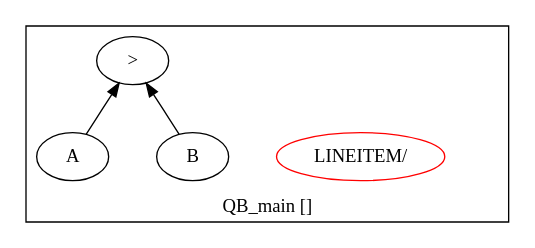
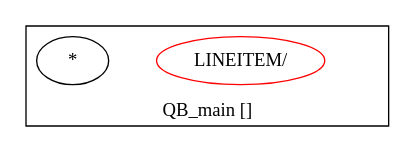
One commit to adarshpannu/kona changed the diagram in qgm.dot. Above: the diagram before and after it, drawn with Graphviz. The commit also changed 4 other files, not shown here.

```diff
--- a/qgm.dot
+++ b/qgm.dot
@@ -1,15 +1,11 @@
 digraph example1 {
     rankdir=BT;
     nodesep=0.5;
     ordering="in";
   subgraph cluster_QB_main {
     label = "QB_main []";
     "QB_main_pt"[shape=point, color=white];
     "QUN_0"[label="LINEITEM/", color=red]
-    exprnode0x7fea6b70d338[label=">"];
-    exprnode0x7fea6b70d1a8 -> exprnode0x7fea6b70d338;
-    exprnode0x7fea6b7100c8 -> exprnode0x7fea6b70d338;
-    exprnode0x7fea6b70d1a8[label="A"];
-    exprnode0x7fea6b7100c8[label="B"];
+    exprnode0x7f9539504ae8[label="*"];
 }
 }
```
